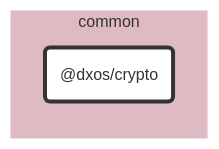
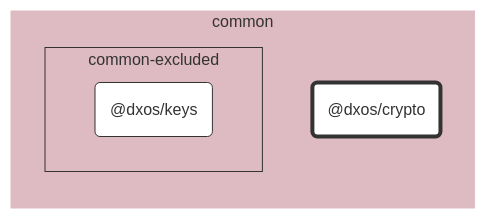
The diagram in packages/common/crypto/docs/README.md (dxos/dxos), drawn with Mermaid before and after one commit. The commit also changed 69 other files, not shown here.

````diff
--- a/packages/common/crypto/docs/README.md
+++ b/packages/common/crypto/docs/README.md
@@ -7,20 +7,26 @@
 ```mermaid
 %%{ init: {'flowchart':{'curve':'basis'}} }%%
 
 flowchart LR
 
 %% Classes
 classDef def fill:#fff,stroke:#333,stroke-width:1px
 classDef root fill:#fff,stroke:#333,stroke-width:4px
 
 %% Nodes
 
 subgraph common [common]
   style common fill:#debac2,stroke:#fff
   dxos/crypto("@dxos/crypto"):::root
   click dxos/crypto "dxos/dxos/tree/main/packages/common/crypto/docs"
+
+  subgraph common-excluded [common-excluded]
+    style common-excluded fill:#debac2,stroke:#333,stroke-dashed:5 5
+    dxos/keys("@dxos/keys"):::def
+    click dxos/keys "dxos/dxos/tree/main/packages/common/keys/docs"
+  end
 end
 
 %% Links
 linkStyle default stroke:#333,stroke-width:1px
 ```
````
